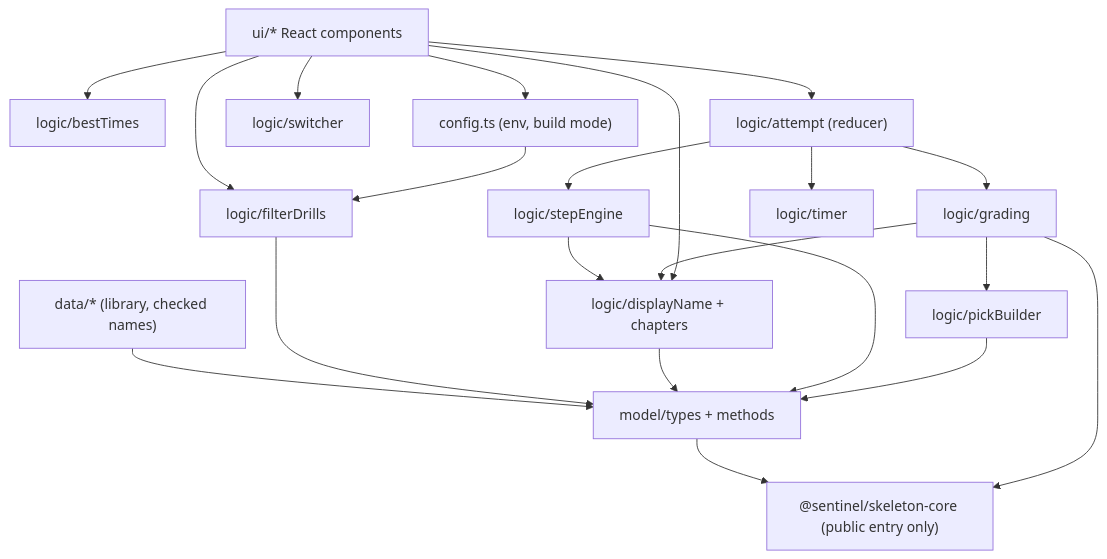
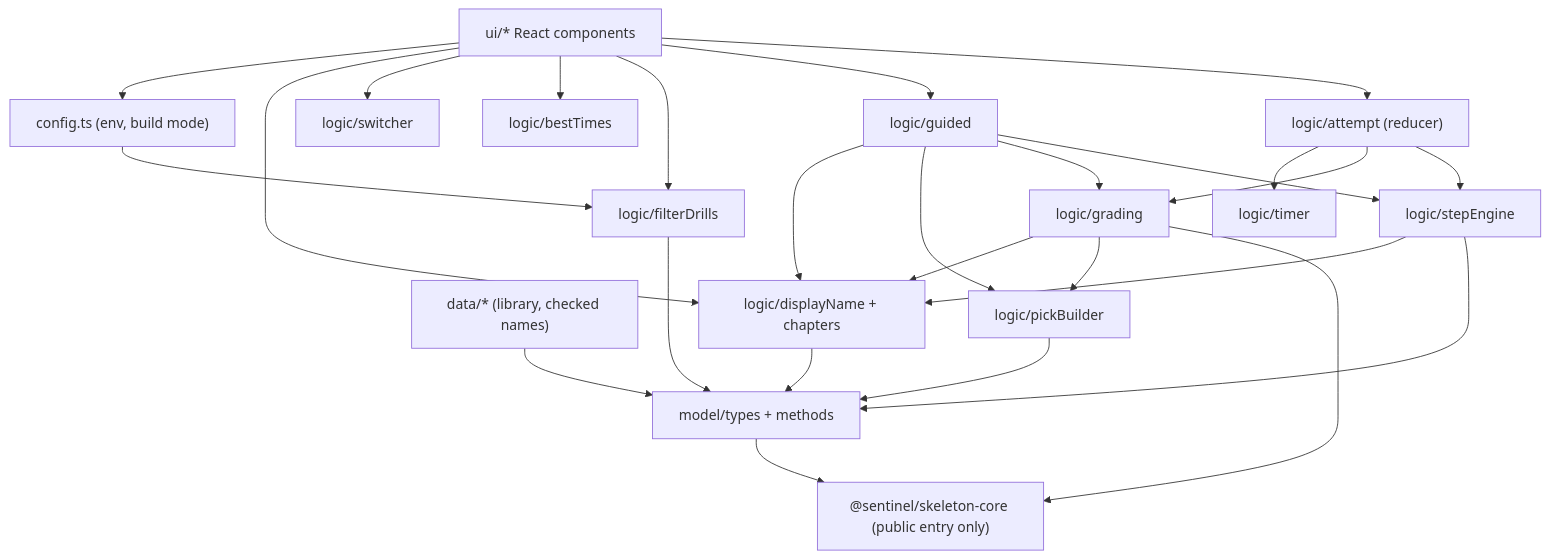
One commit to EddieBax88/sentinel-skeleton changed the first of 4 diagrams in .kiro/specs/midnight-code-hunt/design.md. Above: the diagram before and after it, drawn with Mermaid. The commit also changed other lines of this file and 2 other files, not shown here.

Commit message:
Spec: midnight-code-hunt guided mode (Kiro)

````diff
--- a/.kiro/specs/midnight-code-hunt/design.md
+++ b/.kiro/specs/midnight-code-hunt/design.md
@@ -95,38 +101,44 @@
 ```mermaid
 graph TD
   Core["@sentinel/skeleton-core (public entry only)"]
   types["model/types + methods"]
   data["data/* (library, checked names)"]
   filter["logic/filterDrills"]
   disp["logic/displayName + chapters"]
   engine["logic/stepEngine"]
   picks["logic/pickBuilder"]
   grade["logic/grading"]
   timer["logic/timer"]
   best["logic/bestTimes"]
   attempt["logic/attempt (reducer)"]
   switcher["logic/switcher"]
   ui["ui/* React components"]
   cfg["config.ts (env, build mode)"]
 
   types --> Core
   data --> types
   filter --> types
   disp --> types
   engine --> types
   engine --> disp
   picks --> types
   grade --> Core
   grade --> picks
   grade --> disp
   attempt --> engine
   attempt --> grade
   attempt --> timer
+  guided["logic/guided"]
+  guided --> engine
+  guided --> grade
+  guided --> picks
+  guided --> disp
   ui --> attempt
+  ui --> guided
   ui --> filter
   ui --> best
   ui --> switcher
   ui --> disp
   ui --> cfg
   cfg --> filter
 ```
````
